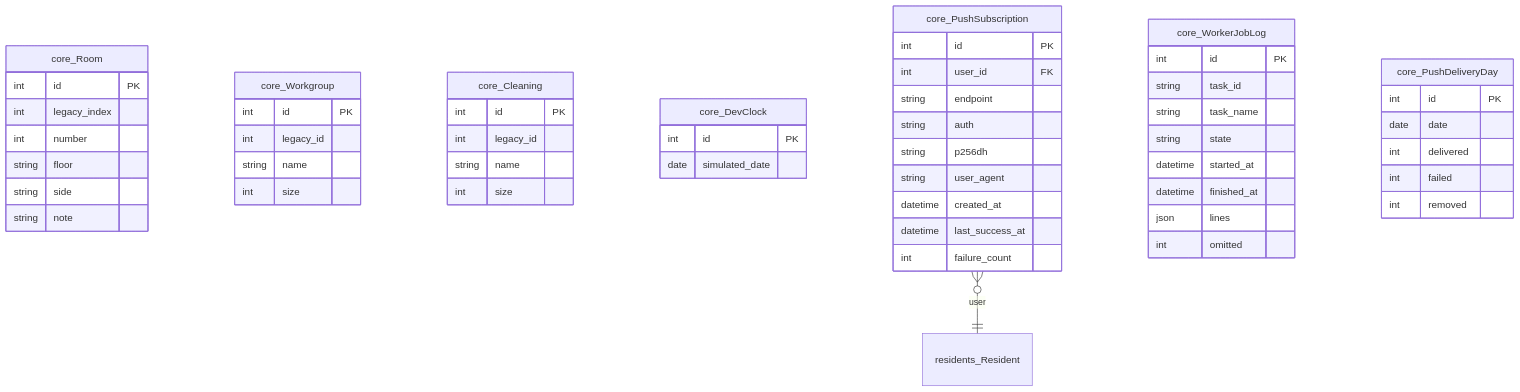
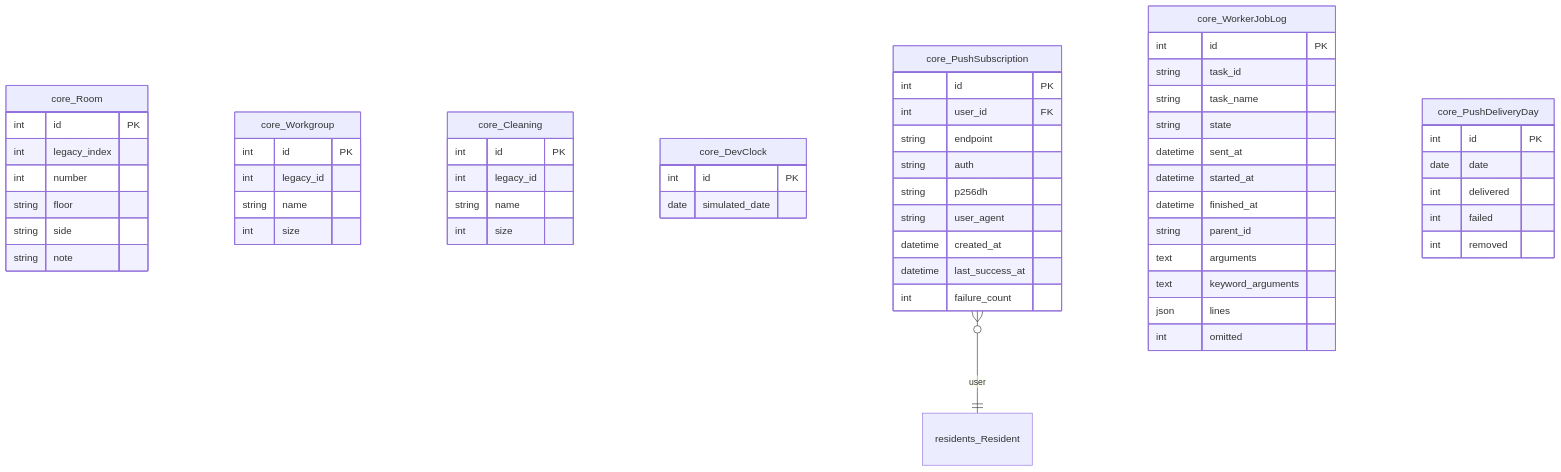
One commit to GAHK-org/gahk_intern changed the sixth of 16 diagrams in docs/erd.md. Above: the diagram before and after it, drawn with Mermaid. The commit also changed other lines of this file and 15 other files, not shown here.

````diff
--- a/docs/erd.md
+++ b/docs/erd.md
@@ -968,65 +972,69 @@
 ```mermaid
 erDiagram
     core_Room {
         int id PK
         int legacy_index
         int number
         string floor
         string side
         string note
     }
 
     core_Workgroup {
         int id PK
         int legacy_id
         string name
         int size
     }
 
     core_Cleaning {
         int id PK
         int legacy_id
         string name
         int size
     }
 
     core_DevClock {
         int id PK
         date simulated_date
     }
 
     core_PushSubscription {
         int id PK
         int user_id FK
         string endpoint
         string auth
         string p256dh
         string user_agent
         datetime created_at
         datetime last_success_at
         int failure_count
     }
 
     core_WorkerJobLog {
         int id PK
         string task_id
         string task_name
         string state
+        datetime sent_at
         datetime started_at
         datetime finished_at
+        string parent_id
+        text arguments
+        text keyword_arguments
         json lines
         int omitted
     }
 
     core_PushDeliveryDay {
         int id PK
         date date
         int delivered
         int failed
         int removed
     }
 
     residents_Resident { }
 
     core_PushSubscription }o--|| residents_Resident : "user"
 ```
````
